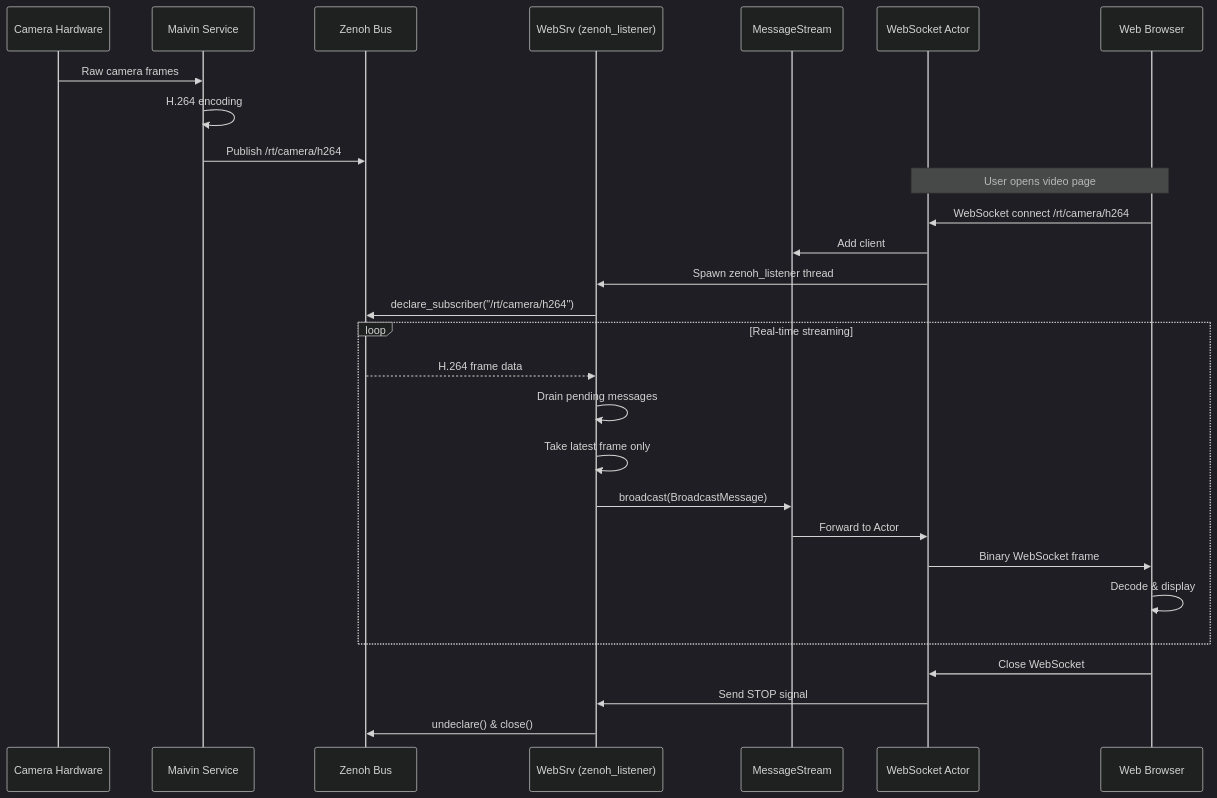
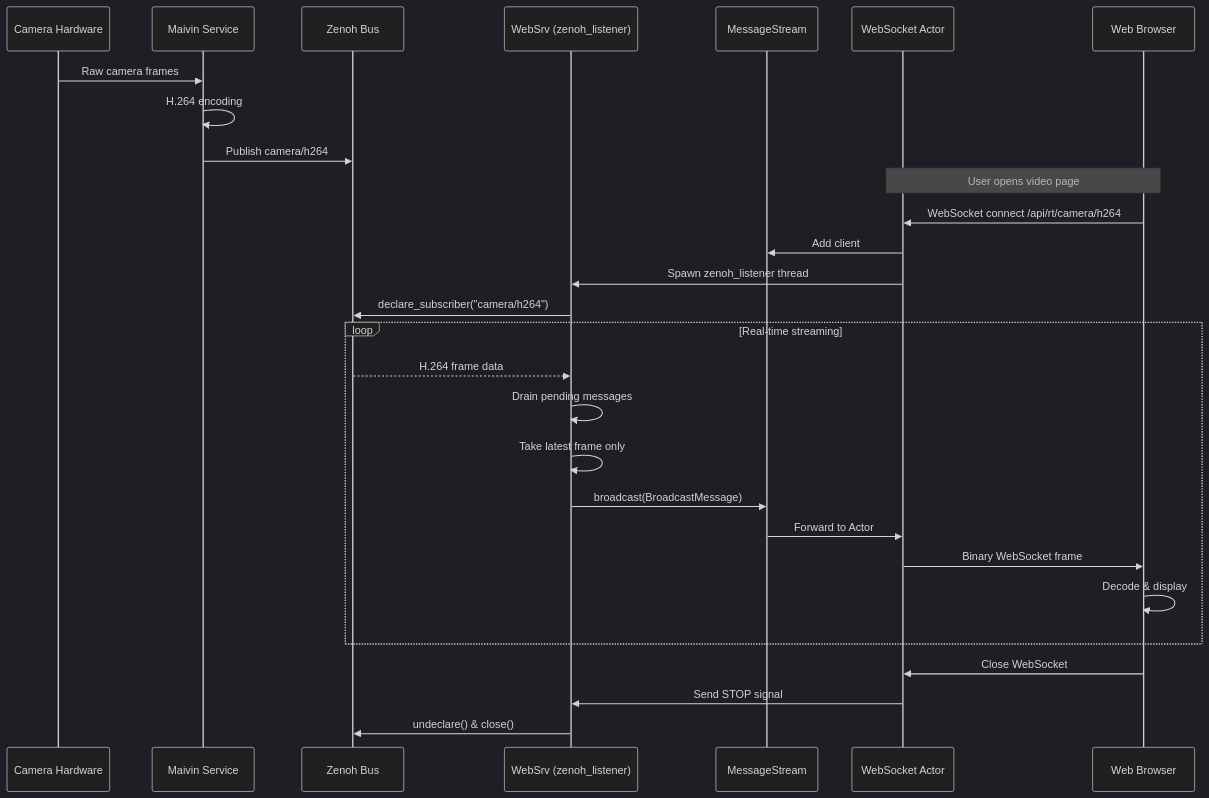
Diagram 20 of 21 in ARCHITECTURE.md (EdgeFirstAI/websrv), drawn with Mermaid (dark theme) before and after one commit. The commit also changed other lines of this file and 6 other files, not shown here.

````diff
--- a/ARCHITECTURE.md
+++ b/ARCHITECTURE.md
@@ -975,35 +975,35 @@
 ```mermaid
 sequenceDiagram
     participant Camera as Camera Hardware
     participant Maivin as Maivin Service
     participant Zenoh as Zenoh Bus
     participant WebSrv as WebSrv (zenoh_listener)
     participant Stream as MessageStream
     participant WS as WebSocket Actor
     participant Browser as Web Browser
 
     Camera->>Maivin: Raw camera frames
     Maivin->>Maivin: H.264 encoding
-    Maivin->>Zenoh: Publish /rt/camera/h264
+    Maivin->>Zenoh: Publish camera/h264
 
     Note over Browser,WS: User opens video page
-    Browser->>WS: WebSocket connect /rt/camera/h264
+    Browser->>WS: WebSocket connect /api/rt/camera/h264
     WS->>Stream: Add client
     WS->>WebSrv: Spawn zenoh_listener thread
 
-    WebSrv->>Zenoh: declare_subscriber("/rt/camera/h264")
+    WebSrv->>Zenoh: declare_subscriber("camera/h264")
 
     loop Real-time streaming
         Zenoh-->>WebSrv: H.264 frame data
         WebSrv->>WebSrv: Drain pending messages
         WebSrv->>WebSrv: Take latest frame only
         WebSrv->>Stream: broadcast(BroadcastMessage)
         Stream->>WS: Forward to Actor
         WS->>Browser: Binary WebSocket frame
         Browser->>Browser: Decode & display
     end
 
     Browser->>WS: Close WebSocket
     WS->>WebSrv: Send STOP signal
     WebSrv->>Zenoh: undeclare() & close()
 ```
````
